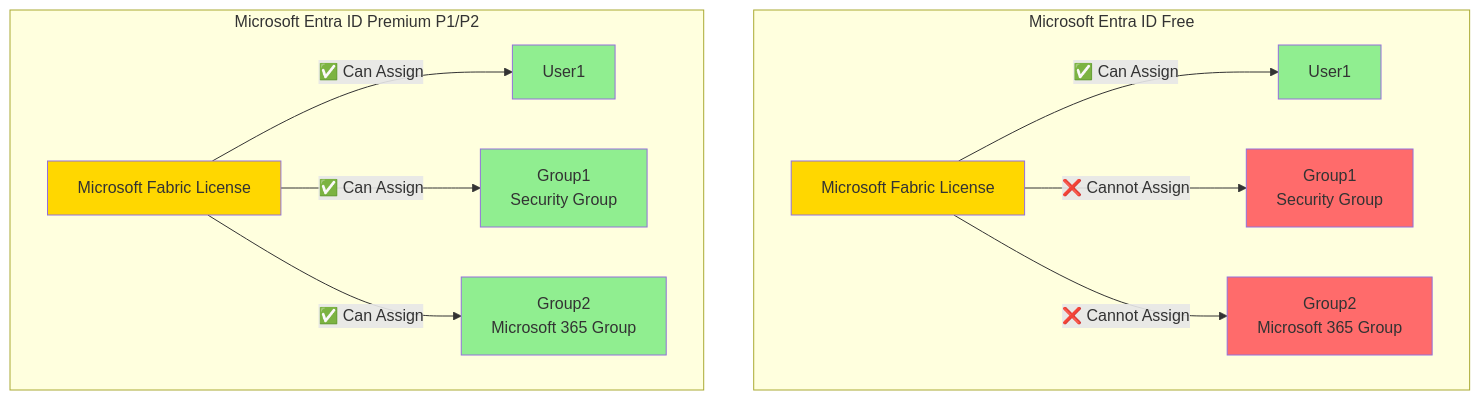
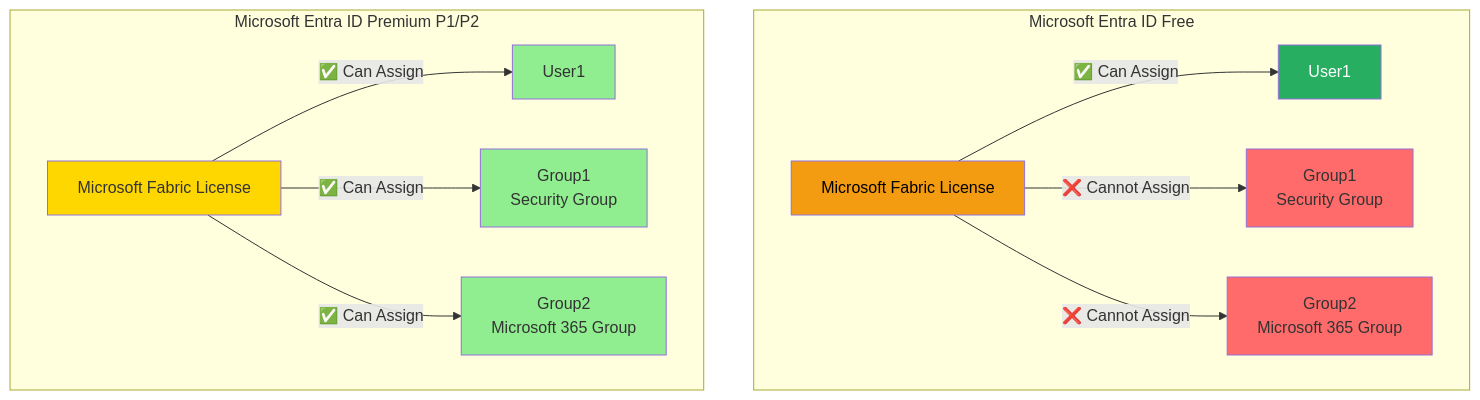
One commit to gurkanindibay/azure_learning changed the fifth of 15 diagrams in architecture-azure/security/azure-roles-comprehensive-guide.md. Above: the diagram before and after it, drawn with Mermaid. The commit also changed other lines of this file and 7 other files, not shown here.

Commit message:
Add accessibility guidelines for diagrams and documentation

````diff
--- a/architecture-azure/security/azure-roles-comprehensive-guide.md
+++ b/architecture-azure/security/azure-roles-comprehensive-guide.md
@@ -740,25 +740,25 @@
 ```mermaid
 graph TD
     subgraph "Microsoft Entra ID Free"
         A[Microsoft Fabric License]
         A -->|✅ Can Assign| B[User1]
         A -->|❌ Cannot Assign| C[Group1<br/>Security Group]
         A -->|❌ Cannot Assign| D[Group2<br/>Microsoft 365 Group]
     end
     
     subgraph "Microsoft Entra ID Premium P1/P2"
         E[Microsoft Fabric License]
         E -->|✅ Can Assign| F[User1]
         E -->|✅ Can Assign| G[Group1<br/>Security Group]
         E -->|✅ Can Assign| H[Group2<br/>Microsoft 365 Group]
     end
     
-    style A fill:#FFD700
-    style B fill:#90EE90
+    style A fill:#f39c12,color:#000000
+    style B fill:#27ae60,color:#ffffff
     style C fill:#FF6B6B
     style D fill:#FF6B6B
     style E fill:#FFD700
     style F fill:#90EE90
     style G fill:#90EE90
     style H fill:#90EE90
 ```
````
